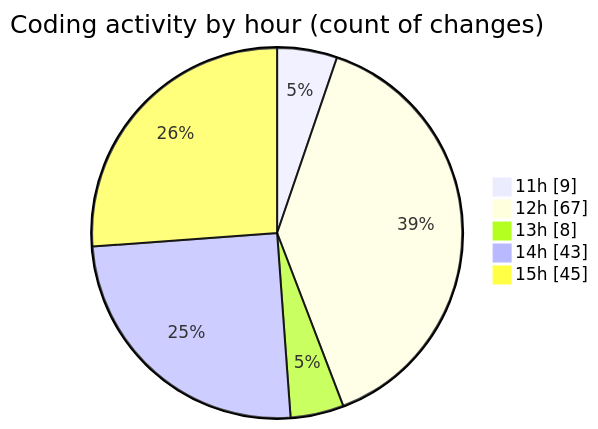
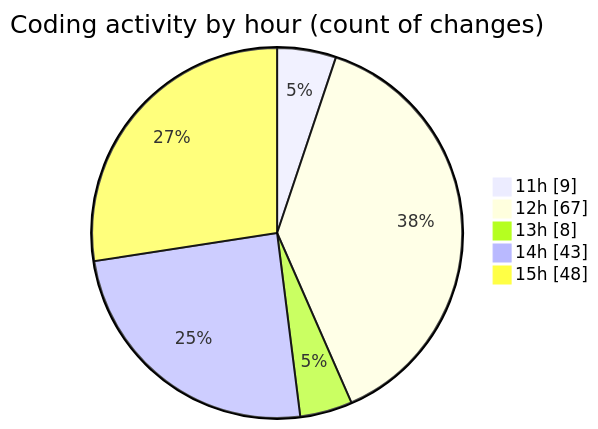
The second of 2 diagrams in 2026-08-23/nxtqube_webapp/README.md (nxtqubesakshisongat/code-tracking), drawn with Mermaid before and after one commit. The commit also changed other lines of this file and 1 other file, not shown here.

````diff
--- a/2026-08-23/nxtqube_webapp/README.md
+++ b/2026-08-23/nxtqube_webapp/README.md
@@ -84,9 +85,9 @@
 ```mermaid
 pie showData
 title Coding activity by hour (count of changes)
 "11h" : 9
 "12h" : 67
 "13h" : 8
 "14h" : 43
-"15h" : 45
+"15h" : 48
 ```
````
